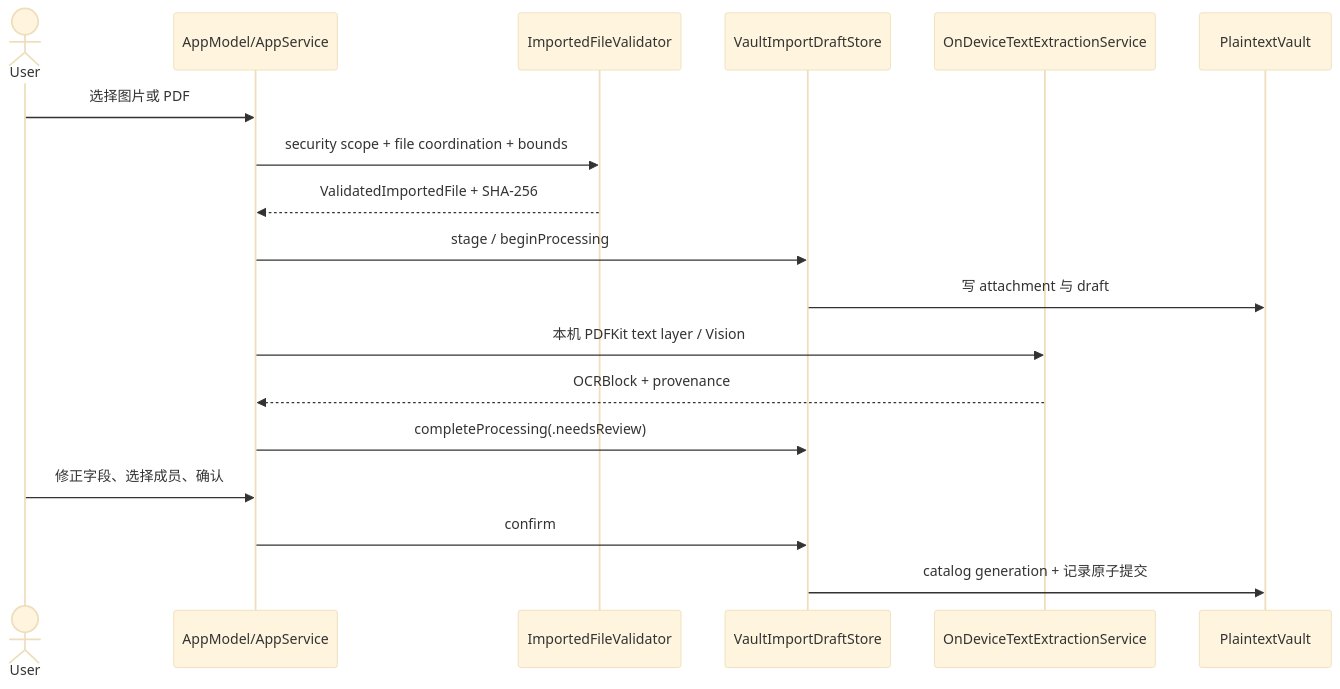
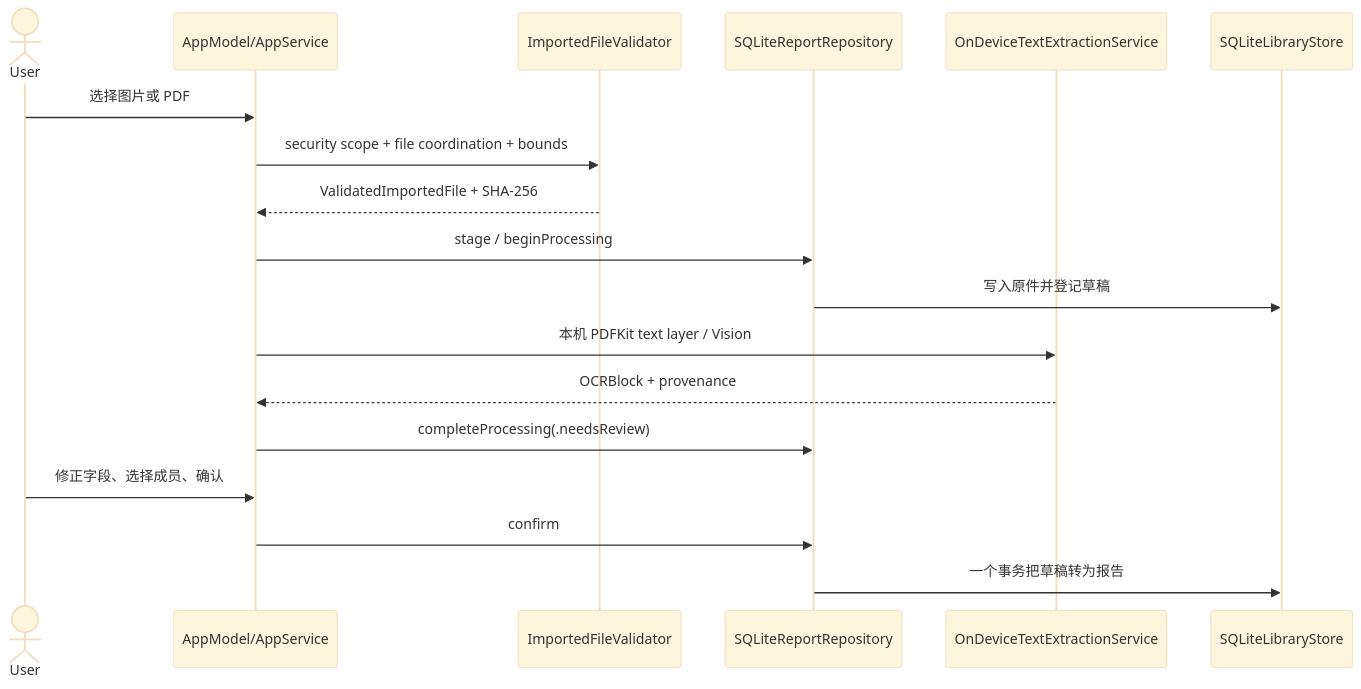
Before and after one commit to renyijiu/kinlogue: the third of 4 diagrams in docs/architecture.md, drawn with Mermaid (base theme). The commit also changed other lines of this file and 317 other files, not shown here.

First line of the commit message:
refactor(storage): move the library to SQLite and remove the JSON store (#21)

````diff
--- a/docs/architecture.md
+++ b/docs/architecture.md
@@ -103,20 +107,20 @@
 ```mermaid
 sequenceDiagram
   actor User
   participant App as AppModel/AppService
   participant Validator as ImportedFileValidator
-  participant Draft as VaultImportDraftStore
+  participant Reports as SQLiteReportRepository
   participant OCR as OnDeviceTextExtractionService
-  participant Vault as PlaintextVault
+  participant Store as SQLiteLibraryStore
   User->>App: 选择图片或 PDF
   App->>Validator: security scope + file coordination + bounds
   Validator-->>App: ValidatedImportedFile + SHA-256
-  App->>Draft: stage / beginProcessing
-  Draft->>Vault: 写 attachment 与 draft
+  App->>Reports: stage / beginProcessing
+  Reports->>Store: 写入原件并登记草稿
   App->>OCR: 本机 PDFKit text layer / Vision
   OCR-->>App: OCRBlock + provenance
-  App->>Draft: completeProcessing(.needsReview)
+  App->>Reports: completeProcessing(.needsReview)
   User->>App: 修正字段、选择成员、确认
-  App->>Draft: confirm
-  Draft->>Vault: catalog generation + 记录原子提交
+  App->>Reports: confirm
+  Reports->>Store: 一个事务把草稿转为报告
 ```
````
